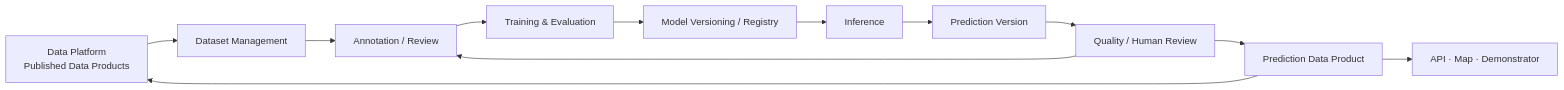
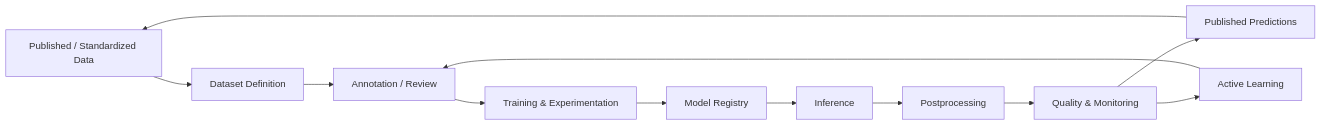
One commit to Thomas-Malchers/urban_ai_lab changed the diagram in docs/l1-ai-model-platform.md. Above: the diagram before and after it, drawn with Mermaid. The commit also changed other lines of this file and 5 other files, not shown here.

Commit message:
added AI architecture draft

````diff
--- a/docs/l1-ai-model-platform.md
+++ b/docs/l1-ai-model-platform.md
@@ -5,11 +7,17 @@
 ```mermaid
 flowchart LR
-    D["Data Platform<br/>Published Data Products"] --> DS["Dataset Management"]
-    DS --> AN["Annotation / Review"] --> TR["Training & Evaluation"]
-    TR --> MR["Model Versioning / Registry"] --> IN["Inference"]
-    IN --> PR["Prediction Version"] --> QR["Quality / Human Review"]
-    QR --> PDP["Prediction Data Product"]
-    PDP --> D
-    PDP --> APP["API · Map · Demonstrator"]
-    QR --> AN
+    D["Published / Standardized Data"]
+    DS["Dataset Definition"]
+    A["Annotation / Review"]
+    T["Training & Experimentation"]
+    R["Model Registry"]
+    I["Inference"]
+    P["Postprocessing"]
+    Q["Quality & Monitoring"]
+    O["Published Predictions"]
+    AL["Active Learning"]
+
+    D --> DS --> A --> T --> R --> I --> P --> Q --> O
+    O --> D
+    Q --> AL --> A
 ```
````
